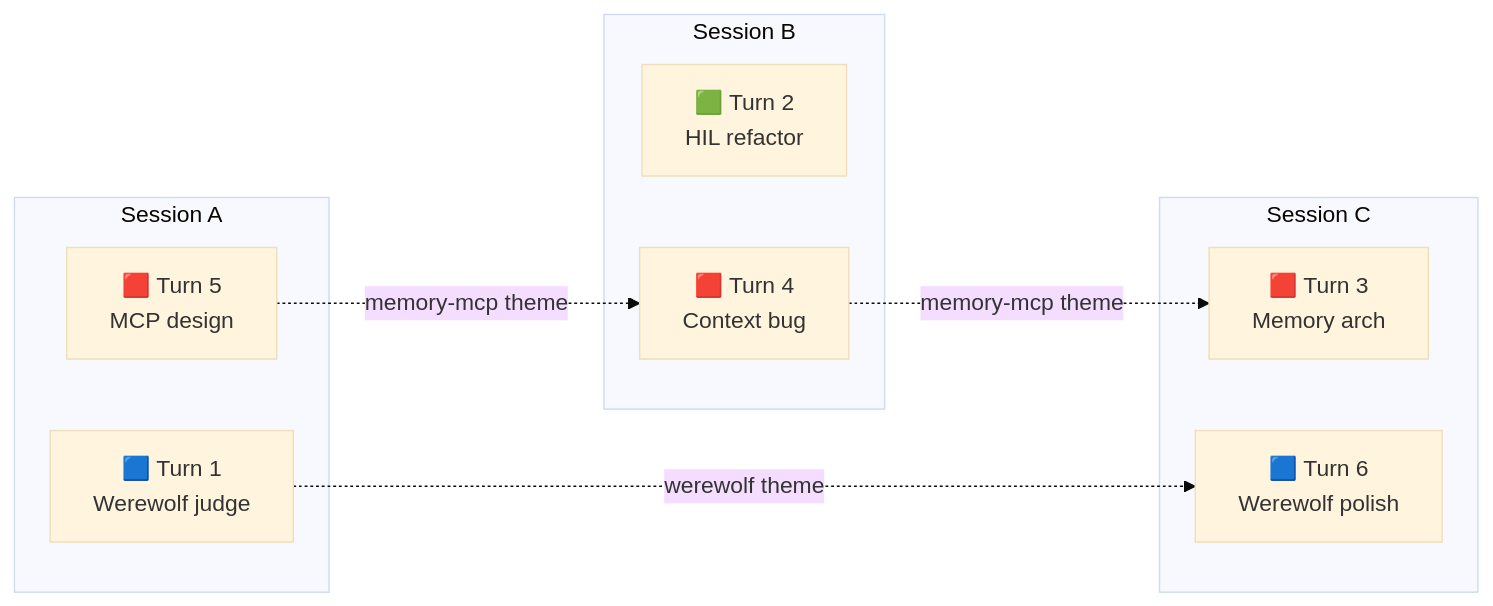
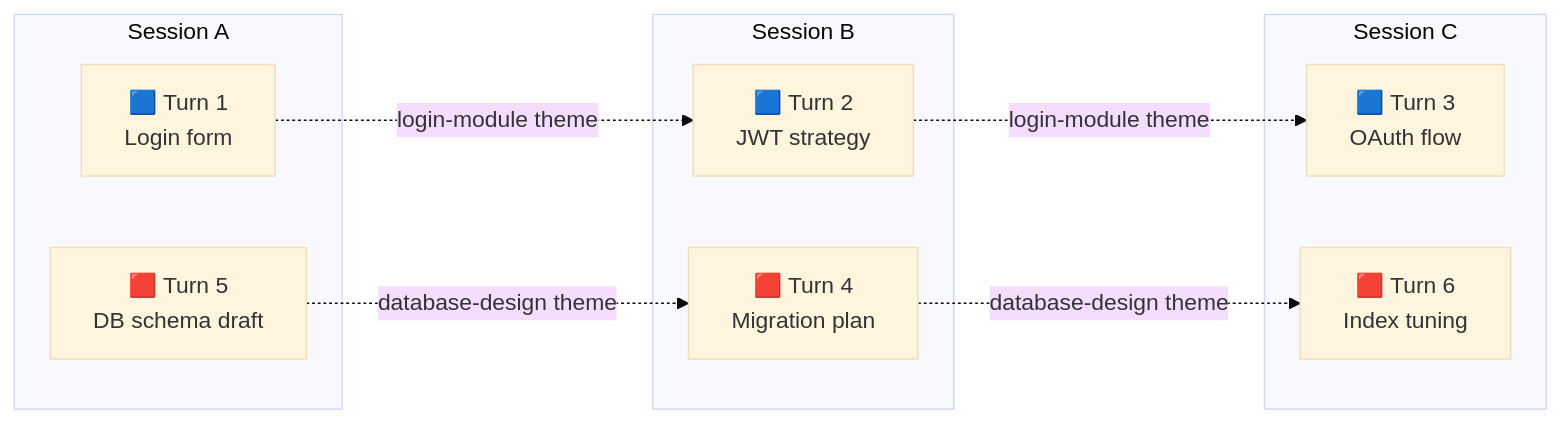
Before and after one commit to Zehee/kimi-code-memory-mcp-server: the diagram in README.md, drawn with Mermaid. The commit also changed other lines of this file and 1 other file, not shown here.

Commit message:
docs(readme): replace theme tracing examples with login-module and database-design

````diff
--- a/README.md
+++ b/README.md
@@ -30,22 +30,23 @@
 ```mermaid
 %%{init: {'theme': 'base'}}%%
 flowchart LR
     subgraph SessionA["Session A"]
-        A1["🟦 Turn 1<br/>Werewolf judge"]
-        A2["🟥 Turn 5<br/>MCP design"]
+        A1["🟦 Turn 1<br/>Login form"]
+        A2["🟥 Turn 5<br/>DB schema draft"]
     end
 
     subgraph SessionB["Session B"]
-        B1["🟩 Turn 2<br/>HIL refactor"]
-        B2["🟥 Turn 4<br/>Context bug"]
+        B1["🟦 Turn 2<br/>JWT strategy"]
+        B2["🟥 Turn 4<br/>Migration plan"]
     end
 
     subgraph SessionC["Session C"]
-        C1["🟥 Turn 3<br/>Memory arch"]
-        C2["🟦 Turn 6<br/>Werewolf polish"]
+        C1["🟦 Turn 3<br/>OAuth flow"]
+        C2["🟥 Turn 6<br/>Index tuning"]
     end
 
-    A2 -. "memory-mcp theme" .-> B2
-    B2 -. "memory-mcp theme" .-> C1
-    A1 -. "werewolf theme" .-> C2
+    A1 -. "login-module theme" .-> B1
+    B1 -. "login-module theme" .-> C1
+    A2 -. "database-design theme" .-> B2
+    B2 -. "database-design theme" .-> C2
 ```
````
